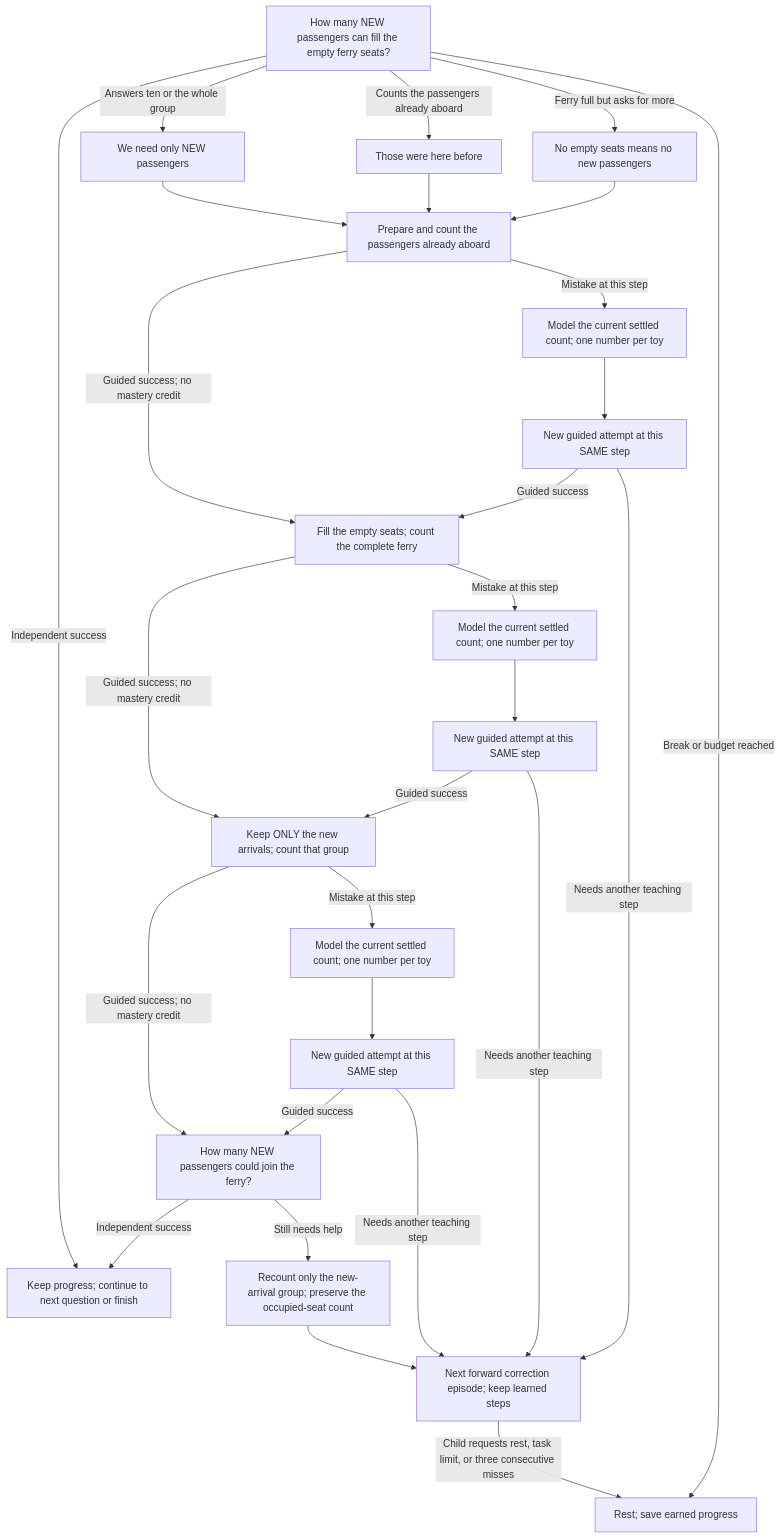
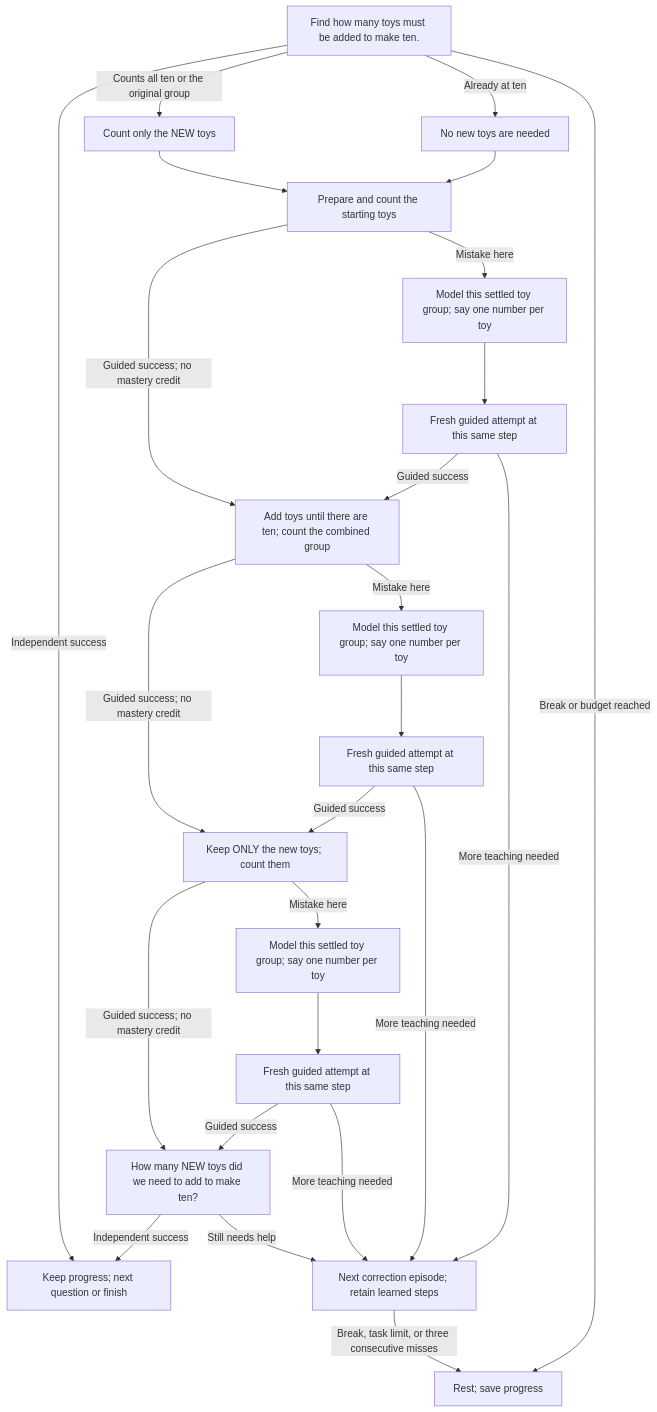
The first of 2 diagrams in docs/wiki/Lesson-9-Ten-seat-ferry.md (sealsbroken/unmath), drawn with Mermaid before and after one commit. The commit also changed other lines of this file and 33 other files, not shown here.

Commit message:
Start directly with real toys and remove pretend roles and adult prompts

````diff
--- a/docs/wiki/Lesson-9-Ten-seat-ferry.md
+++ b/docs/wiki/Lesson-9-Ten-seat-ferry.md
@@ -37,30 +32,27 @@
 ```mermaid
 flowchart TD
-    Choose["How many NEW passengers can fill the empty ferry seats?"] -->|"Independent success"| Done["Keep progress; continue to next question or finish"]
-    Choose -->|"Answers ten or the whole group"| E0["We need only NEW passengers"]
+    Start["Find how many toys must be added to make ten."] -->|"Independent success"| Done["Keep progress; next question or finish"]
+    Start -->|"Counts all ten or the original group"| E0["Count only the NEW toys"]
     E0 --> S0
-    Choose -->|"Counts the passengers already aboard"| E1["Those were here before"]
+    Start -->|"Already at ten"| E1["No new toys are needed"]
     E1 --> S0
-    Choose -->|"Ferry full but asks for more"| E2["No empty seats means no new passengers"]
-    E2 --> S0
-    S0["Prepare and count the passengers already aboard"] -->|"Guided success; no mastery credit"| S1
-    S0 -->|"Mistake at this step"| H0["Model the current settled count; one number per toy"]
-    H0 --> R0["New guided attempt at this SAME step"]
+    S0["Prepare and count the starting toys"] -->|"Guided success; no mastery credit"| S1
+    S0 -->|"Mistake here"| H0["Model this settled toy group; say one number per toy"]
+    H0 --> R0["Fresh guided attempt at this same step"]
     R0 -->|"Guided success"| S1
-    R0 -->|"Needs another teaching step"| Continue["Next forward correction episode; keep learned steps"]
-    S1["Fill the empty seats; count the complete ferry"] -->|"Guided success; no mastery credit"| S2
-    S1 -->|"Mistake at this step"| H1["Model the current settled count; one number per toy"]
-    H1 --> R1["New guided attempt at this SAME step"]
+    R0 -->|"More teaching needed"| Continue["Next correction episode; retain learned steps"]
+    S1["Add toys until there are ten; count the combined group"] -->|"Guided success; no mastery credit"| S2
+    S1 -->|"Mistake here"| H1["Model this settled toy group; say one number per toy"]
+    H1 --> R1["Fresh guided attempt at this same step"]
     R1 -->|"Guided success"| S2
-    R1 -->|"Needs another teaching step"| Continue["Next forward correction episode; keep learned steps"]
-    S2["Keep ONLY the new arrivals; count that group"] -->|"Guided success; no mastery credit"| Follow
-    S2 -->|"Mistake at this step"| H2["Model the current settled count; one number per toy"]
-    H2 --> R2["New guided attempt at this SAME step"]
+    R1 -->|"More teaching needed"| Continue["Next correction episode; retain learned steps"]
+    S2["Keep ONLY the new toys; count them"] -->|"Guided success; no mastery credit"| Follow
+    S2 -->|"Mistake here"| H2["Model this settled toy group; say one number per toy"]
+    H2 --> R2["Fresh guided attempt at this same step"]
     R2 -->|"Guided success"| Follow
-    R2 -->|"Needs another teaching step"| Continue["Next forward correction episode; keep learned steps"]
-    Follow["How many NEW passengers could join the ferry?"] -->|"Independent success"| Done
-    Follow -->|"Still needs help"| Focus["Recount only the new-arrival group; preserve the occupied-seat count"]
-    Focus --> Continue
-    Choose -->|"Break or budget reached"| Rest["Rest; save earned progress"]
-    Continue -->|"Child requests rest, task limit, or three consecutive misses"| Rest
+    R2 -->|"More teaching needed"| Continue["Next correction episode; retain learned steps"]
+    Follow["How many NEW toys did we need to add to make ten?"] -->|"Independent success"| Done
+    Follow -->|"Still needs help"| Continue
+    Start -->|"Break or budget reached"| Rest["Rest; save progress"]
+    Continue -->|"Break, task limit, or three consecutive misses"| Rest
 ```
````
